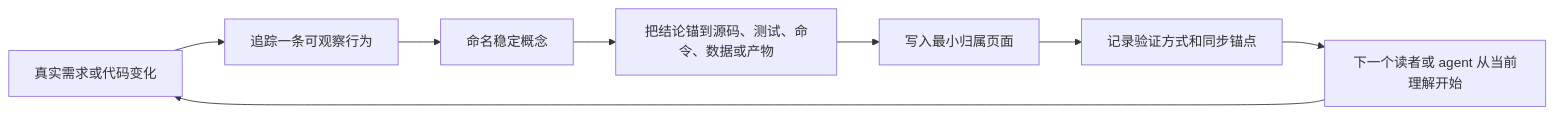
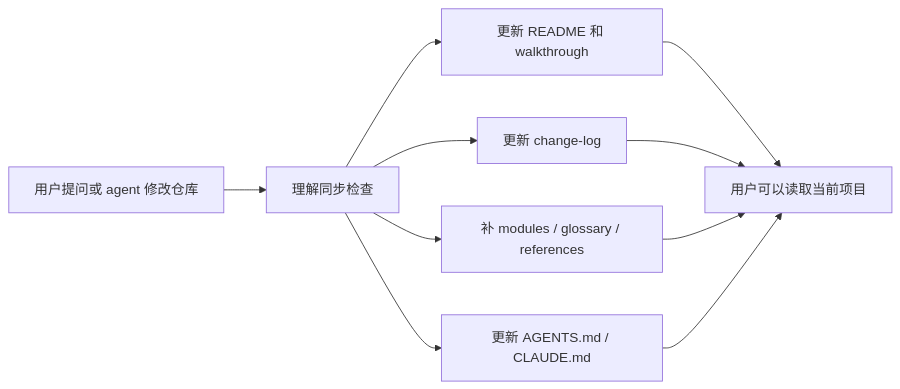
The diagram in docs/README_CN.md (YurunChen/repo-docs-skills), drawn with Mermaid before and after one commit. The commit also changed other lines of this file and 3 other files, not shown here.

````diff
--- a/docs/README_CN.md
+++ b/docs/README_CN.md
@@ -86,10 +86,12 @@
 ```mermaid
 flowchart LR
-  A["真实需求或代码变化"] --> B["追踪一条可观察行为"]
-  B --> C["命名稳定概念"]
-  C --> D["把结论锚到源码、测试、命令、数据或产物"]
-  D --> E["写入最小归属页面"]
-  E --> F["记录验证方式和同步锚点"]
-  F --> G["下一个读者或 agent 从当前理解开始"]
-  G --> A
+  A["用户提问或 agent 修改仓库"] --> B["理解同步检查"]
+  B --> C["更新 README 和 walkthrough"]
+  B --> D["更新 change-log"]
+  B --> E["补 modules / glossary / references"]
+  B --> F["更新 AGENTS.md / CLAUDE.md"]
+  C --> G["用户可以读取当前项目"]
+  D --> G
+  E --> G
+  F --> G
 ```
````
